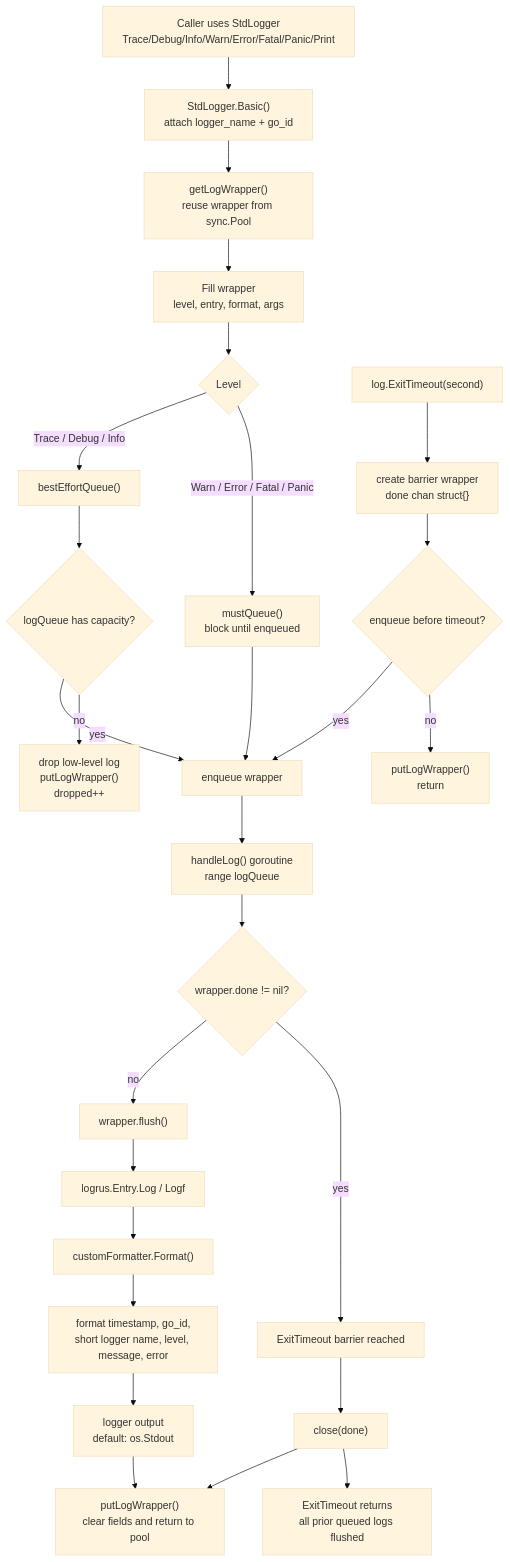
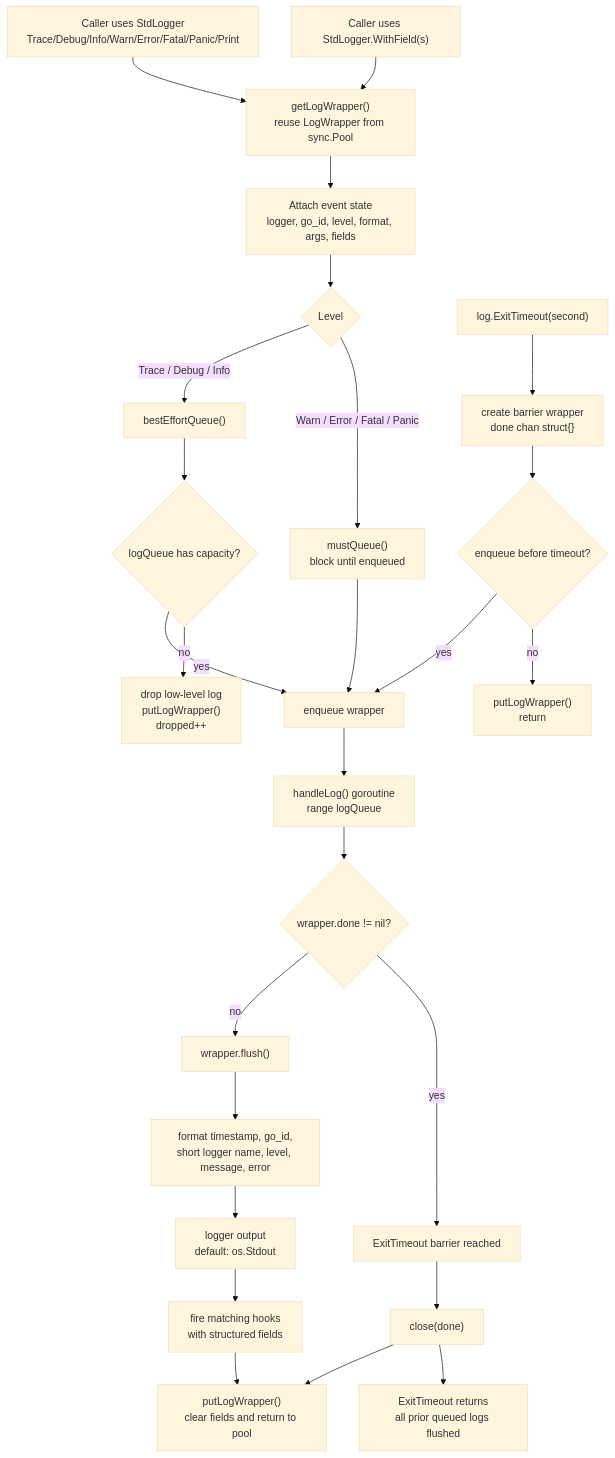
Before and after one commit to real-uangi/allingo: the first of 2 diagrams in common/log/README.md, drawn with Mermaid (base theme). The commit also changed other lines of this file and 9 other files, not shown here.

Commit message:
refactor log structured hooks

````diff
--- a/common/log/README.md
+++ b/common/log/README.md
@@ -3,34 +3,33 @@
 ```mermaid
 flowchart TD
-    A["Caller uses StdLogger<br/>Trace/Debug/Info/Warn/Error/Fatal/Panic/Print"] --> B["StdLogger.Basic()<br/>attach logger_name + go_id"]
-    B --> C["getLogWrapper()<br/>reuse wrapper from sync.Pool"]
-    C --> D["Fill wrapper<br/>level, entry, format, args"]
-    D --> E{"Level"}
+    A["Caller uses StdLogger<br/>Trace/Debug/Info/Warn/Error/Fatal/Panic/Print"] --> B["getLogWrapper()<br/>reuse LogWrapper from sync.Pool"]
+    A2["Caller uses StdLogger.WithField(s)"] --> B
+    B --> C["Attach event state<br/>logger, go_id, level, format, args, fields"]
+    C --> D{"Level"}
 
-    E -->|"Trace / Debug / Info"| F["bestEffortQueue()"]
+    D -->|"Trace / Debug / Info"| F["bestEffortQueue()"]
     F --> G{"logQueue has capacity?"}
     G -->|"yes"| H["enqueue wrapper"]
     G -->|"no"| I["drop low-level log<br/>putLogWrapper()<br/>dropped++"]
 
-    E -->|"Warn / Error / Fatal / Panic"| J["mustQueue()<br/>block until enqueued"]
+    D -->|"Warn / Error / Fatal / Panic"| J["mustQueue()<br/>block until enqueued"]
     J --> H
 
     H --> K["handleLog() goroutine<br/>range logQueue"]
     K --> L{"wrapper.done != nil?"}
     L -->|"no"| M["wrapper.flush()"]
-    M --> N["logrus.Entry.Log / Logf"]
-    N --> O["customFormatter.Format()"]
-    O --> P["format timestamp, go_id,<br/>short logger name, level, message, error"]
-    P --> Q["logger output<br/>default: os.Stdout"]
-    Q --> R["putLogWrapper()<br/>clear fields and return to pool"]
+    M --> N["format timestamp, go_id,<br/>short logger name, level, message, error"]
+    N --> O["logger output<br/>default: os.Stdout"]
+    O --> P["fire matching hooks<br/>with structured fields"]
+    P --> R["putLogWrapper()<br/>clear fields and return to pool"]
 
     L -->|"yes"| S["ExitTimeout barrier reached"]
     S --> T["close(done)"]
     T --> R
 
     U["log.ExitTimeout(second)"] --> V["create barrier wrapper<br/>done chan struct{}"]
     V --> W{"enqueue before timeout?"}
     W -->|"yes"| H
     W -->|"no"| X["putLogWrapper()<br/>return"]
     T --> Y["ExitTimeout returns<br/>all prior queued logs flushed"]
 ```
````
